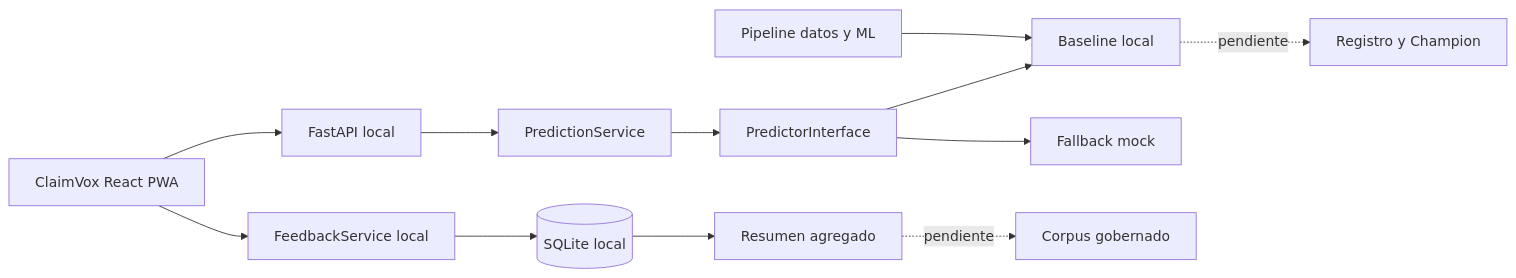
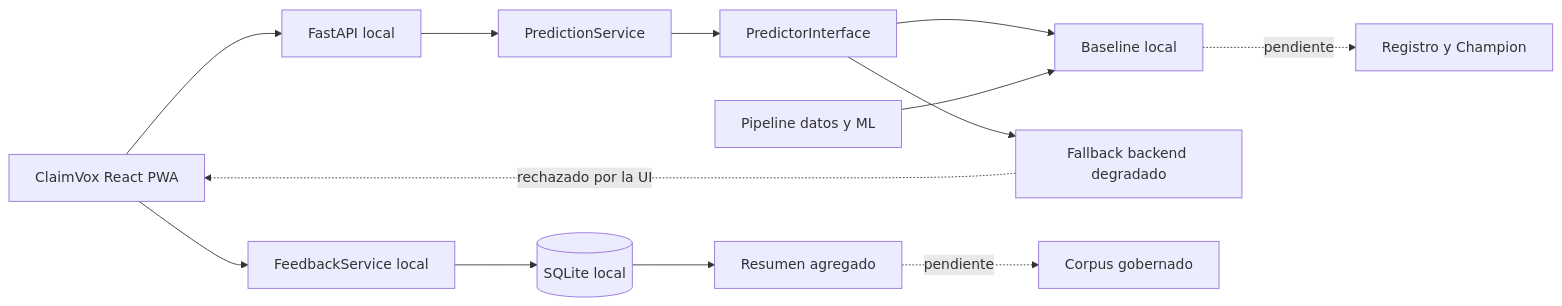
The diagram in README.md (Bootcamp-IA-MAD-P7/Proyecto6-Grupo1), drawn with Mermaid before and after one commit. The commit also changed other lines of this file and 31 other files, not shown here.

````diff
--- a/README.md
+++ b/README.md
@@ -114,14 +114,15 @@
 ```mermaid
 flowchart LR
     UI[ClaimVox React PWA] --> API[FastAPI local]
     API --> PS[PredictionService]
     PS --> PI[PredictorInterface]
     PI --> LR[Baseline local]
-    PI --> MOCK[Fallback mock]
+    PI --> MOCK[Fallback backend degradado]
+    MOCK -. rechazado por la UI .-> UI
     UI --> FS[FeedbackService local]
     FS --> SQLITE[(SQLite local)]
     SQLITE --> AGG[Resumen agregado]
     PIPE[Pipeline datos y ML] --> LR
     LR -. pendiente .-> REG[Registro y Champion]
     AGG -. pendiente .-> RETRAIN[Corpus gobernado]
 ```
````
